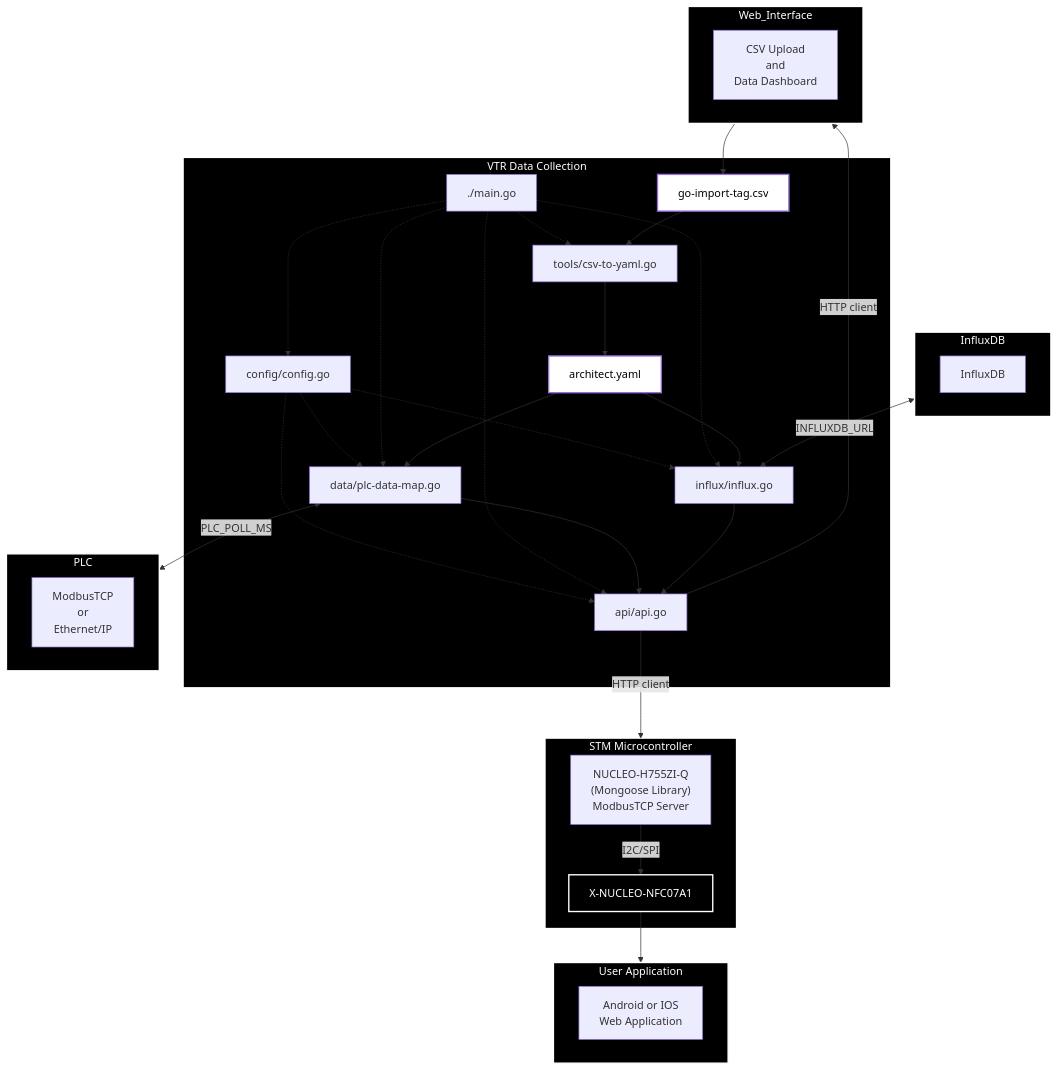
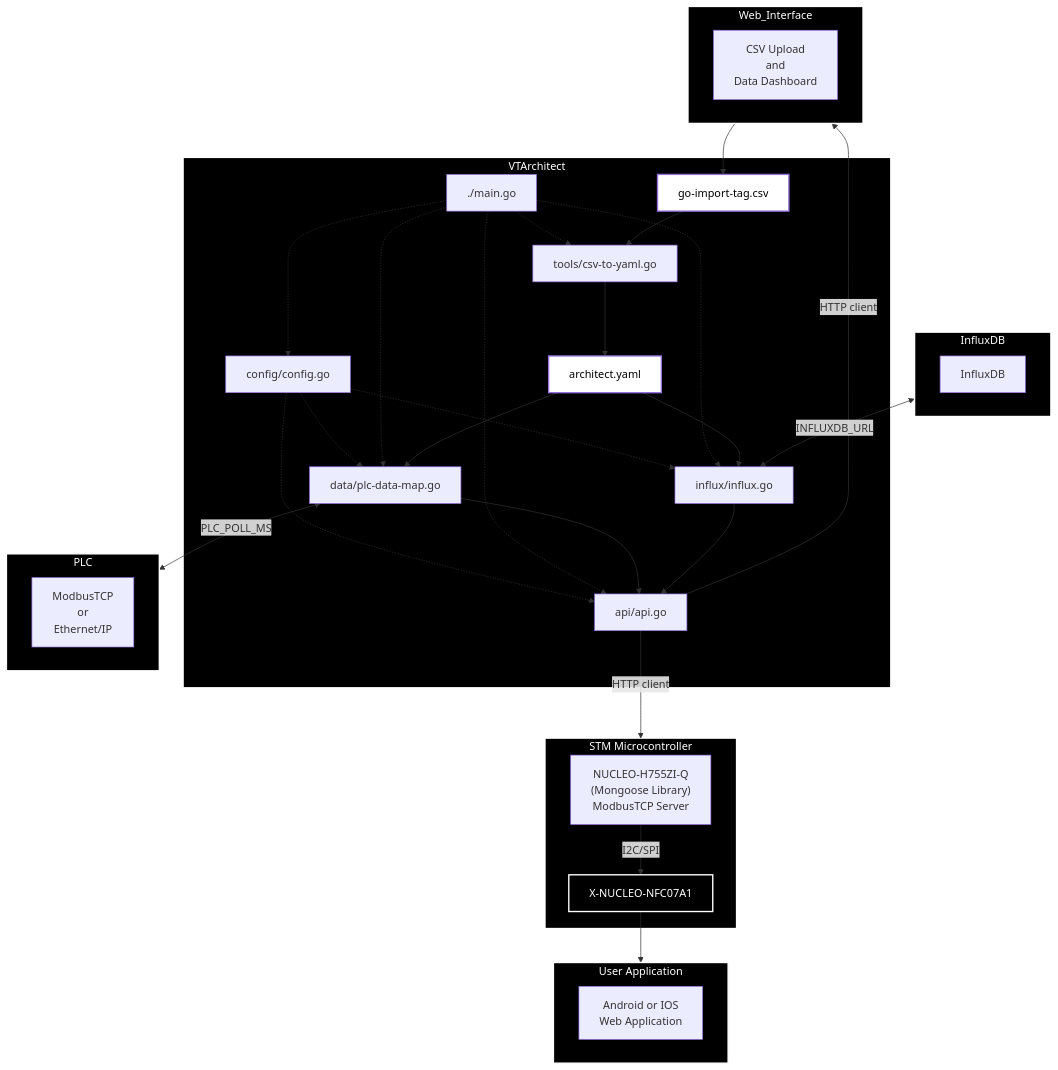
The diagram in MERMAID.md (vtrgo/vtrgo-data-dashboard), drawn with Mermaid before and after one commit.

````diff
--- a/MERMAID.md
+++ b/MERMAID.md
@@ -1,66 +1,66 @@
 ```mermaid
 flowchart TD
-    subgraph Architect["VTR Data Collection"]
+    subgraph Architect["VTArchitect"]
         main_go["./main.go"]
         api["api/api.go"]
         data["data/plc-data-map.go"]
         influx["influx/influx.go"]
         tools["tools/csv-to-yaml.go"]
         config["config/config.go"]
         architect_yaml["architect.yaml"]
         go_import_tags_csv["go-import-tag.csv"]
     end
 
     subgraph PLC
         plc_conn["ModbusTCP <br> or <br> Ethernet/IP"]
     end
 
     subgraph InfluxDB
         influxdb["InfluxDB"]
     end
 
     subgraph Web_Interface
         web_config["CSV Upload <br> and <br> Data Dashboard"]
     end
 
     subgraph Microcontroller["STM Microcontroller"]
         microcontroller["NUCLEO-H755ZI-Q <br> (Mongoose Library) <br> ModbusTCP Server"]
         NFC["X-NUCLEO-NFC07A1"]
     end
 
     subgraph User["User Application"]
         android["Android or IOS <br>Web Application"]
     end
 
     config -.-> influx
     config -.-> data
     config -.-> api
     main_go -.-> config
     main_go -.-> tools
     main_go -.-> influx
     main_go -.-> api
     main_go -.-> data
     data --> api
     data <-- "PLC_POLL_MS" --> PLC
     api -- "HTTP client" --> Microcontroller
     api -- "HTTP client" --> Web_Interface
     influx --> api
     tools --> architect_yaml
     architect_yaml --> data
     architect_yaml --> influx
     microcontroller -- "I2C/SPI" --> NFC
     InfluxDB <-- "INFLUXDB_URL" --> influx
     NFC --> User
     Web_Interface --> go_import_tags_csv
     go_import_tags_csv --> tools
 
     style Architect fill:#000,stroke:#fff,color:#fff,stroke-width:2px
     style PLC fill:#000,stroke:#fff,color:#fff,stroke-width:2px
     style Web_Interface fill:#000,stroke:#fff,color:#fff,stroke-width:2px
     style InfluxDB fill:#000,stroke:#fff,color:#fff,stroke-width:2px
     style Microcontroller fill:#000,stroke:#fff,color:#fff,stroke-width:2px
     style NFC fill:#000,stroke:#fff,color:#fff,stroke-width:2px
     style User fill:#000,stroke:#fff,color:#fff,stroke-width:2px
     style architect_yaml fill:#fff, color:#000,stroke-width:2px
     style go_import_tags_csv fill:#fff, color:#000,stroke-width:2px
 ```
````
